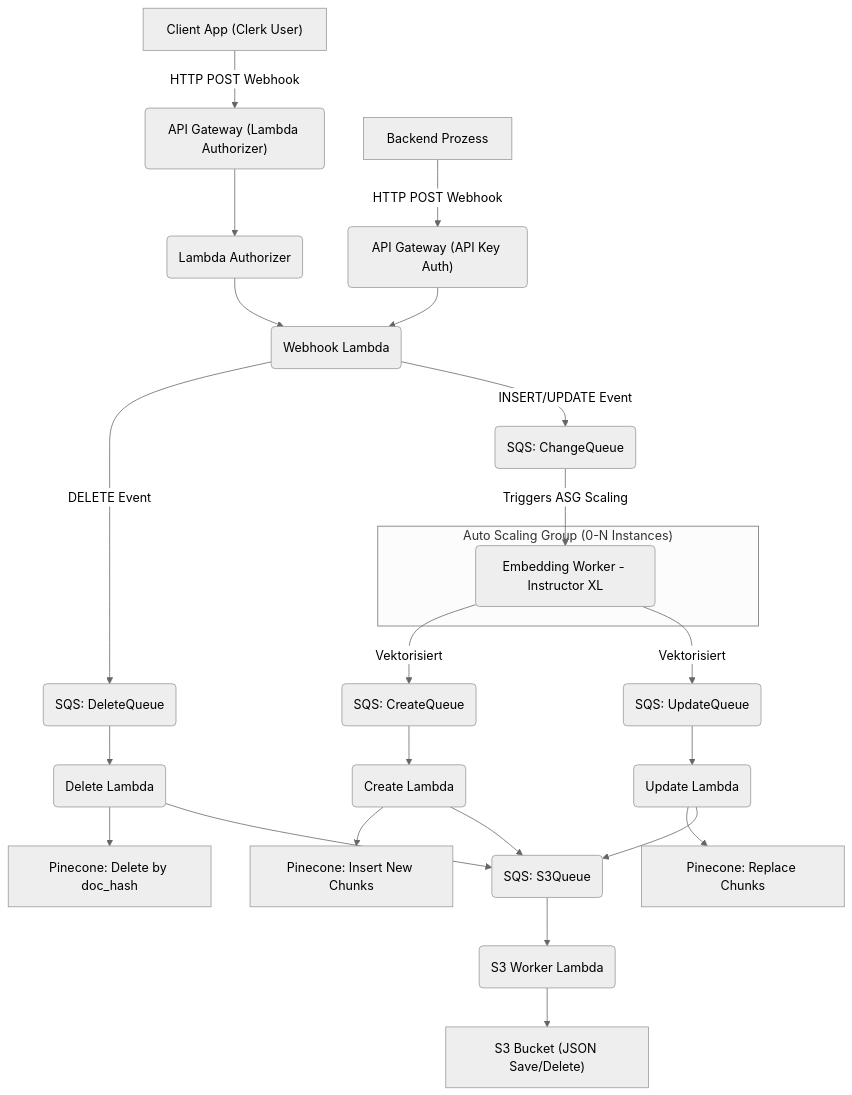
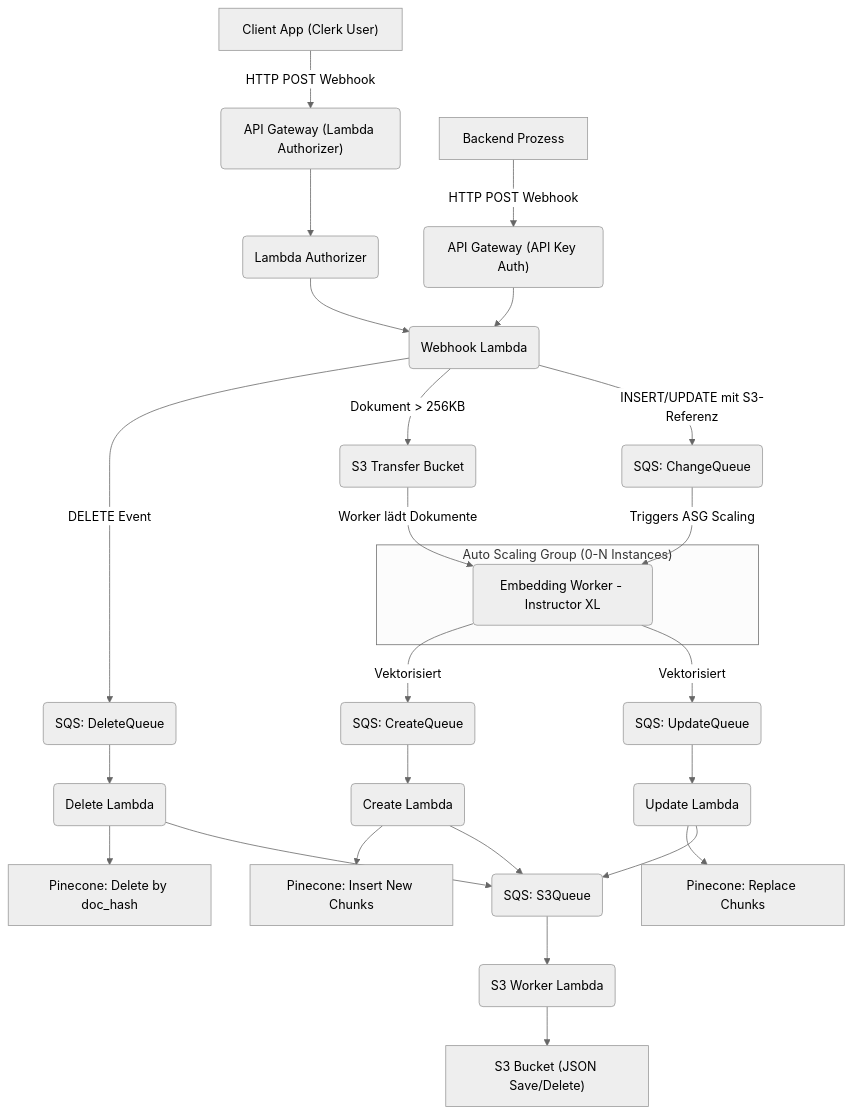
The diagram in README.md (dyprodg/bloomweaver), drawn with Mermaid (neutral theme) before and after one commit. The commit also changed other lines of this file and 42 other files, not shown here.

````diff
--- a/README.md
+++ b/README.md
@@ -79,35 +83,37 @@
 ```mermaid
 flowchart TD
     Client["Client App (Clerk User)"] -- HTTP POST Webhook --> SecureAPIGateway("API Gateway (Lambda Authorizer)")
     LocalService["Backend Prozess"] -- HTTP POST Webhook --> SimpleAPIGateway("API Gateway (API Key Auth)")
 
     SecureAPIGateway --> AuthLambda("Lambda Authorizer")
     AuthLambda --> WebhookLambda("Webhook Lambda")
 
     SimpleAPIGateway --> WebhookLambda
 
     WebhookLambda -- DELETE Event --> SQSDeleteQueue("SQS: DeleteQueue")
-    WebhookLambda -- INSERT/UPDATE Event --> SQSChangeQueue("SQS: ChangeQueue")
+    WebhookLambda -- Dokument > 256KB --> S3TransferBucket("S3 Transfer Bucket")
+    WebhookLambda -- INSERT/UPDATE mit S3-Referenz --> SQSChangeQueue("SQS: ChangeQueue")
     
     subgraph "Auto Scaling Group (0-N Instances)"
     EmbeddingWorker("Embedding Worker - Instructor XL")
     end
     
     SQSChangeQueue -- Triggers ASG Scaling --> EmbeddingWorker
+    S3TransferBucket -- Worker lädt Dokumente --> EmbeddingWorker
     EmbeddingWorker -- Vektorisiert --> SQSCreateQueue("SQS: CreateQueue") & SQSUpdateQueue("SQS: UpdateQueue")
     
     SQSCreateQueue --> CreateLambda("Create Lambda")
     SQSUpdateQueue --> UpdateLambda("Update Lambda")
     SQSDeleteQueue --> DeleteLambda("Delete Lambda")
     
     CreateLambda --> PineconeCreate["Pinecone: Insert New Chunks"]
     UpdateLambda --> PineconeUpdate["Pinecone: Replace Chunks"]
     DeleteLambda --> PineconeDelete["Pinecone: Delete by doc_hash"]
     
     CreateLambda --> SQS3Queue("SQS: S3Queue")
     UpdateLambda --> SQS3Queue
     DeleteLambda --> SQS3Queue
     
     SQS3Queue --> S3Lambda("S3 Worker Lambda")
     S3Lambda --> S3Bucket["S3 Bucket (JSON Save/Delete)"]
 ```
````
